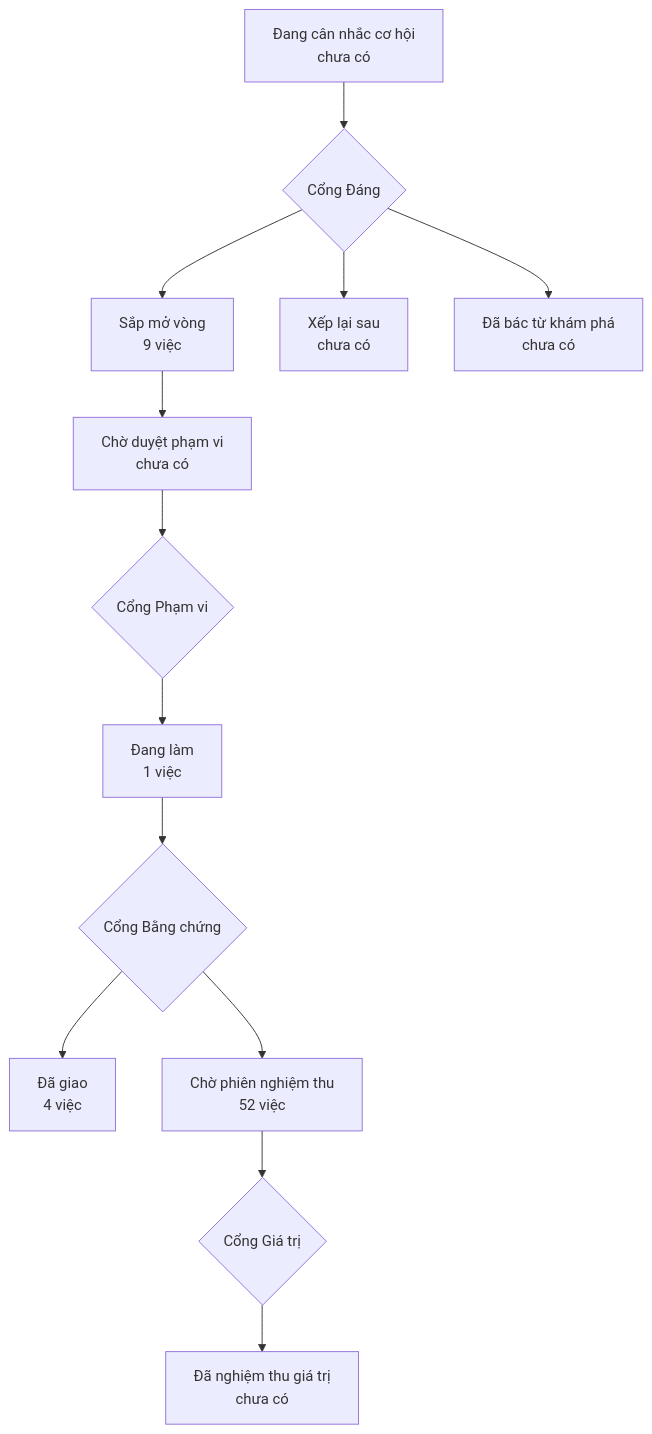
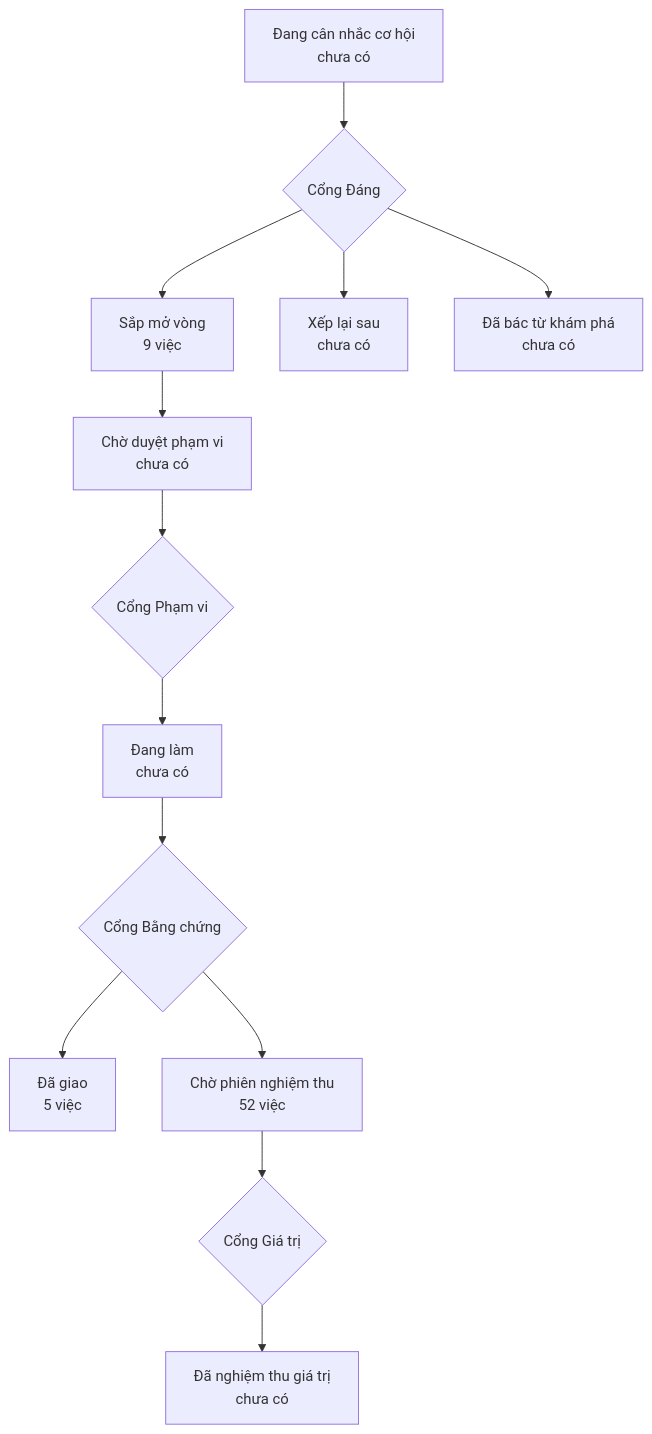
The diagram in PRODUCT-MAP.md (phanlemanh/onehub-inventory), drawn with Mermaid before and after one commit. The commit also changed other lines of this file and 4 other files, not shown here.

````diff
--- a/PRODUCT-MAP.md
+++ b/PRODUCT-MAP.md
@@ -7,12 +7,12 @@
 ```mermaid
 flowchart TD
   A["Đang cân nhắc cơ hội<br/>chưa có"] --> GD{"Cổng Đáng"}
   GD --> B["Sắp mở vòng<br/>9 việc"]
   GD --> XL["Xếp lại sau<br/>chưa có"]
   GD --> DB["Đã bác từ khám phá<br/>chưa có"]
   B --> CD["Chờ duyệt phạm vi<br/>chưa có"] --> GP{"Cổng Phạm vi"}
-  GP --> DL["Đang làm<br/>1 việc"] --> GB{"Cổng Bằng chứng"}
-  GB --> DG["Đã giao<br/>4 việc"]
+  GP --> DL["Đang làm<br/>chưa có"] --> GB{"Cổng Bằng chứng"}
+  GB --> DG["Đã giao<br/>5 việc"]
   GB --> CN["Chờ phiên nghiệm thu<br/>52 việc"] --> GG{"Cổng Giá trị"}
   GG --> NT["Đã nghiệm thu giá trị<br/>chưa có"]
 ```
````
